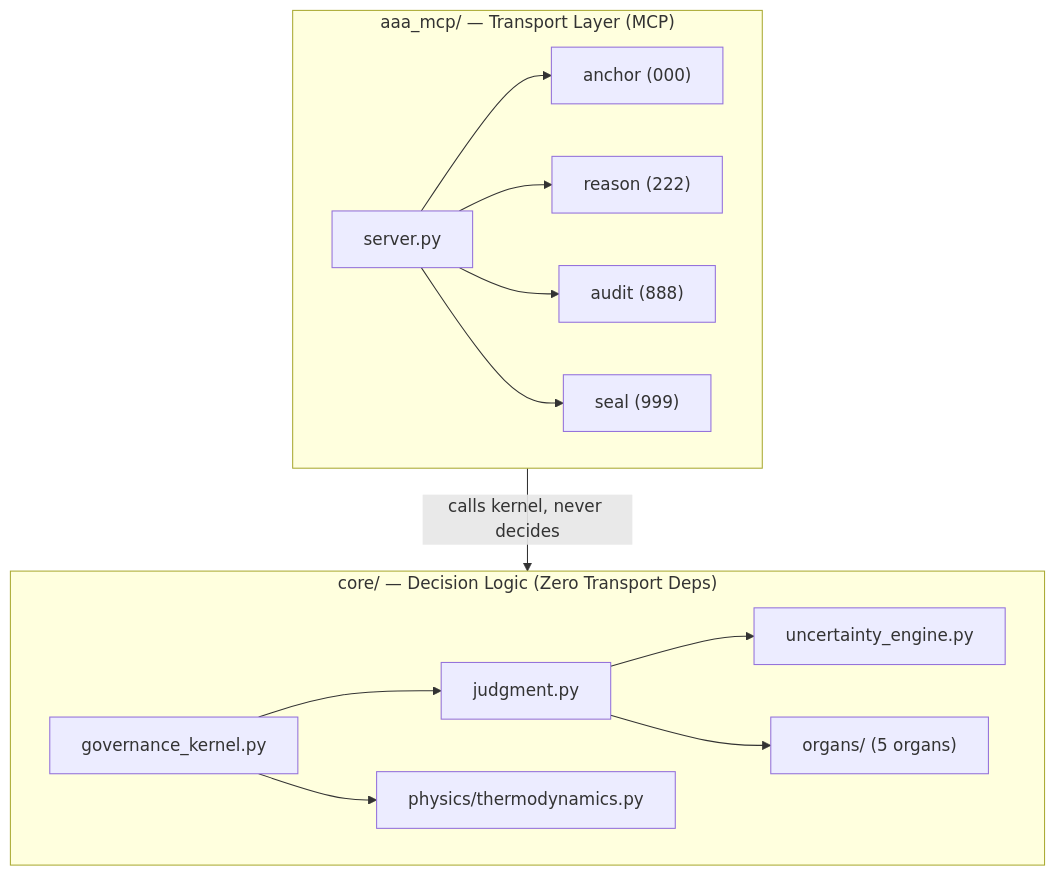
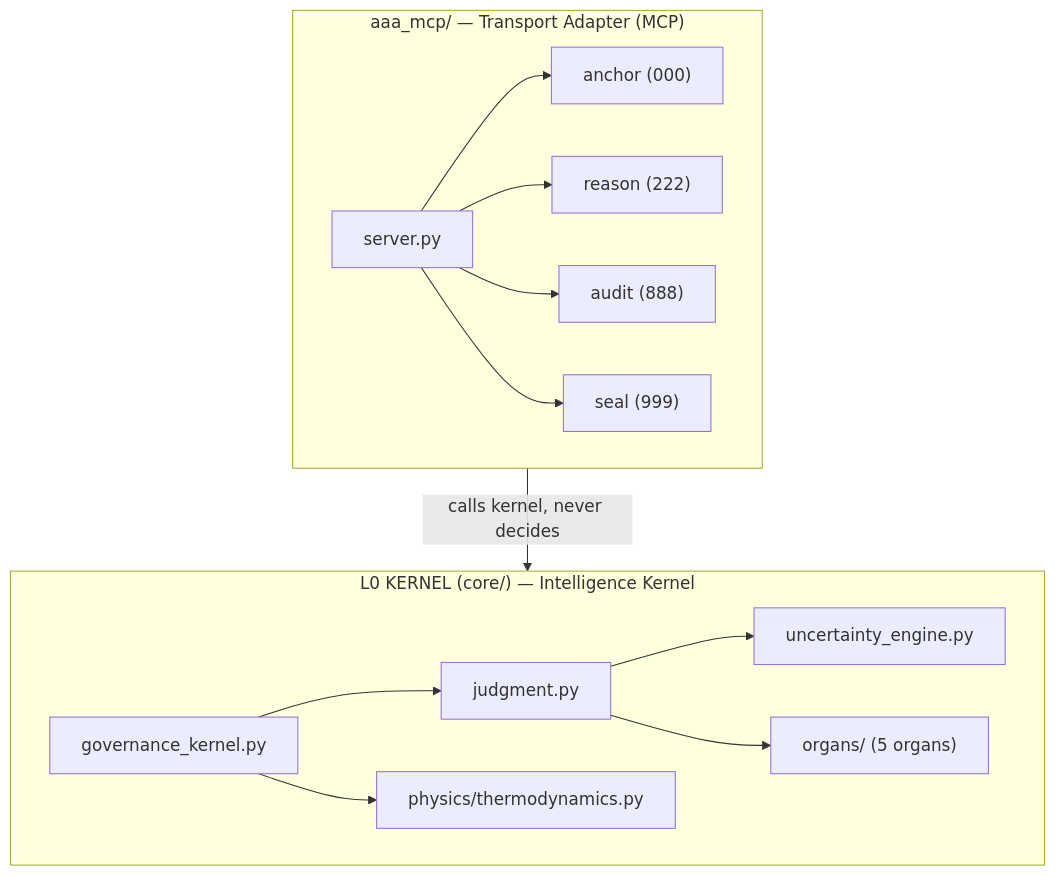
The diagram in README.md (ariffazil/arifos), drawn with Mermaid before and after one commit. The commit also changed other lines of this file and 3 other files, not shown here.

First line of the commit message:
T000: 2026.02.15-FORGE-TRINITY-SEAL — L0 Intelligence Kernel Forged

````diff
--- a/README.md
+++ b/README.md
@@ -223,18 +232,18 @@
 ```mermaid
 graph TD
-    subgraph Adapter["aaa_mcp/ — Transport Layer (MCP)"]
+    subgraph L0["L0 KERNEL (core/) — Intelligence Kernel"]
+        gk["governance_kernel.py"] --> judgment["judgment.py"]
+        judgment --> uncertainty["uncertainty_engine.py"]
+        judgment --> organs["organs/ (5 organs)"]
+        gk --> thermo["physics/thermodynamics.py"]
+    end
+
+    subgraph Adapter["aaa_mcp/ — Transport Adapter (MCP)"]
         server["server.py"] --> anchor["anchor (000)"]
         server --> reason["reason (222)"]
         server --> audit["audit (888)"]
         server --> seal["seal (999)"]
     end
 
-    subgraph Kernel["core/ — Decision Logic (Zero Transport Deps)"]
-        gk["governance_kernel.py"] --> judgment["judgment.py"]
-        judgment --> uncertainty["uncertainty_engine.py"]
-        judgment --> organs["organs/ (5 organs)"]
-        gk --> thermo["physics/thermodynamics.py"]
-    end
-
-    Adapter -->|"calls kernel, never decides"| Kernel
+    Adapter -->|"calls kernel, never decides"| L0
 ```
````
